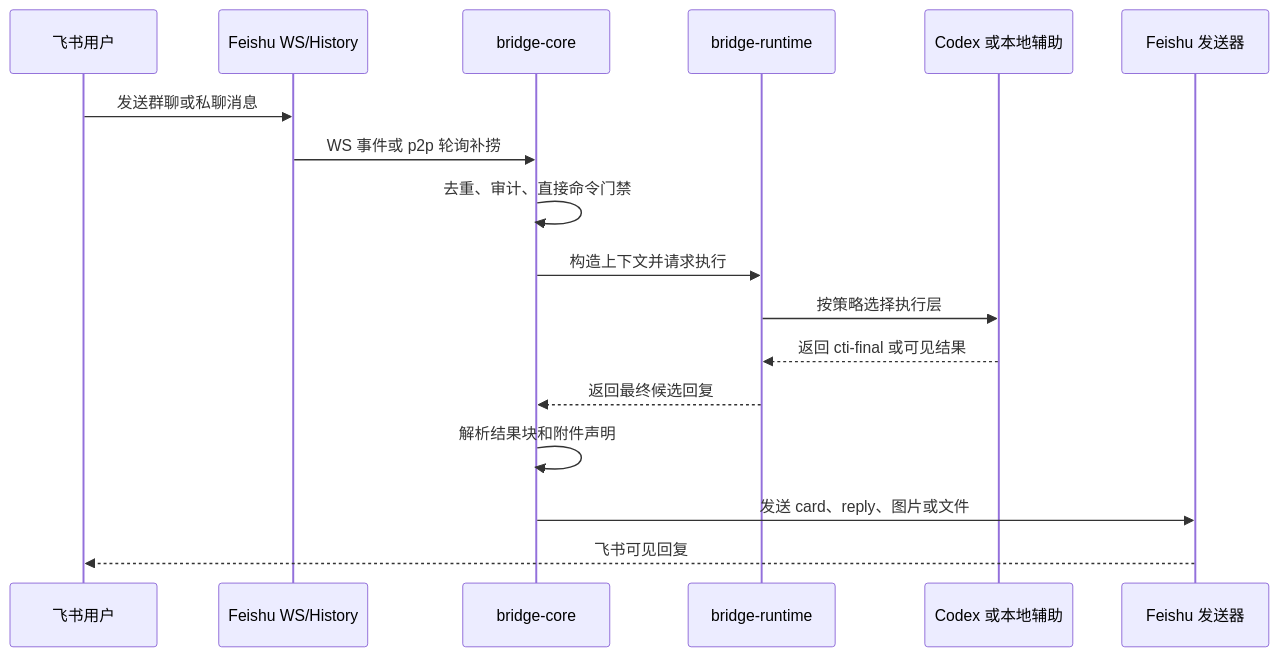
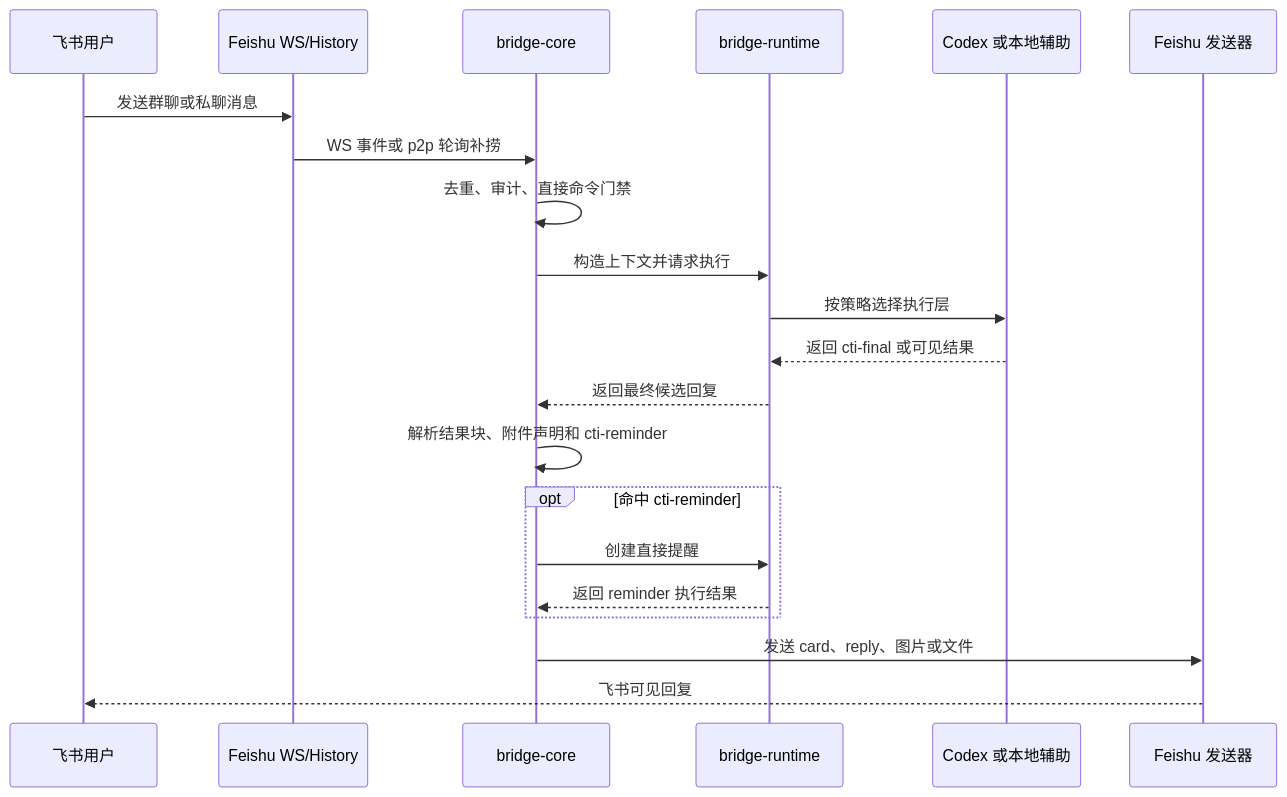
Before and after one commit to dddfuxi/codex-im-suite: the third of 8 diagrams in release/installer/payload/docs/PROJECT-ARCHITECTURE.md, drawn with Mermaid. The commit also changed other lines of this file and 112 other files, not shown here.

````diff
--- a/release/installer/payload/docs/PROJECT-ARCHITECTURE.md
+++ b/release/installer/payload/docs/PROJECT-ARCHITECTURE.md
@@ -87,20 +88,24 @@
 ```mermaid
 sequenceDiagram
   participant User as 飞书用户
   participant Feishu as Feishu WS/History
   participant Core as bridge-core
   participant Runtime as bridge-runtime
   participant Provider as Codex 或本地辅助
   participant Sender as Feishu 发送器
 
   User->>Feishu: 发送群聊或私聊消息
   Feishu->>Core: WS 事件或 p2p 轮询补捞
   Core->>Core: 去重、审计、直接命令门禁
   Core->>Runtime: 构造上下文并请求执行
   Runtime->>Provider: 按策略选择执行层
   Provider-->>Runtime: 返回 cti-final 或可见结果
   Runtime-->>Core: 返回最终候选回复
-  Core->>Core: 解析结果块和附件声明
+  Core->>Core: 解析结果块、附件声明和 cti-reminder
+  opt 命中 cti-reminder
+    Core->>Runtime: 创建直接提醒
+    Runtime-->>Core: 返回 reminder 执行结果
+  end
   Core->>Sender: 发送 card、reply、图片或文件
   Sender-->>User: 飞书可见回复
 ```
````
